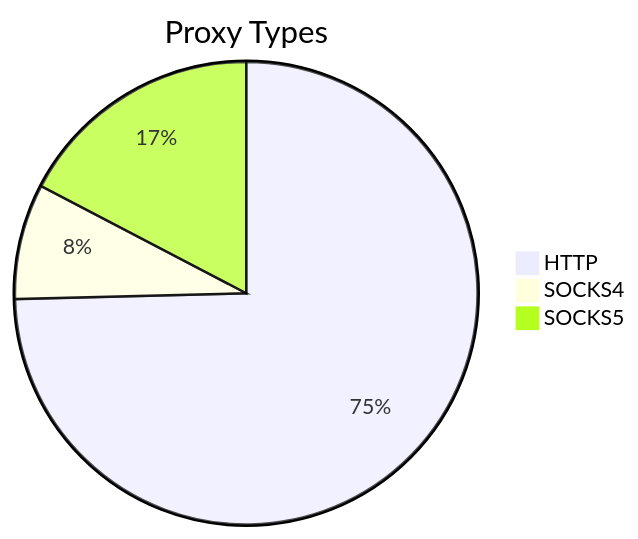
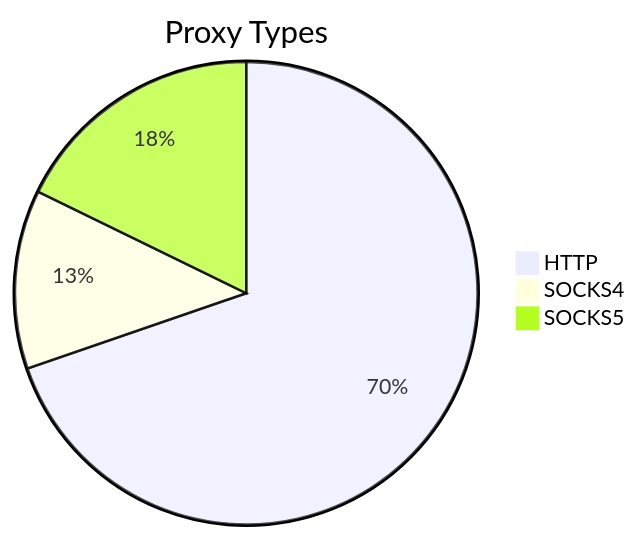
One commit to stormsia/proxy-list changed the first of 2 diagrams in README.md. Above: the diagram before and after it, drawn with Mermaid. The commit also changed other lines of this file, not shown here.

````diff
--- a/README.md
+++ b/README.md
@@ -21,6 +21,6 @@
 ```mermaid
 pie title Proxy Types
-    "HTTP" : 370
-    "SOCKS4" : 40
-    "SOCKS5" : 86
+    "HTTP" : 357
+    "SOCKS4" : 64
+    "SOCKS5" : 91
 ```
````
